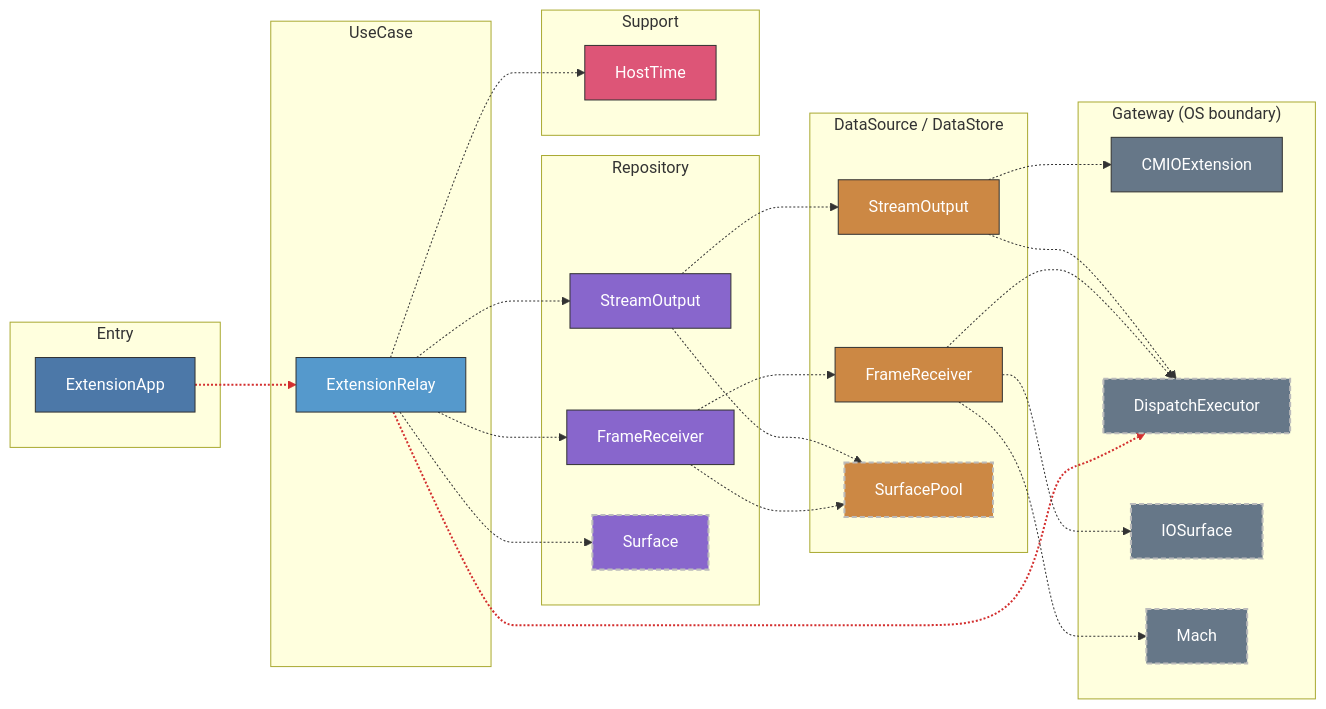
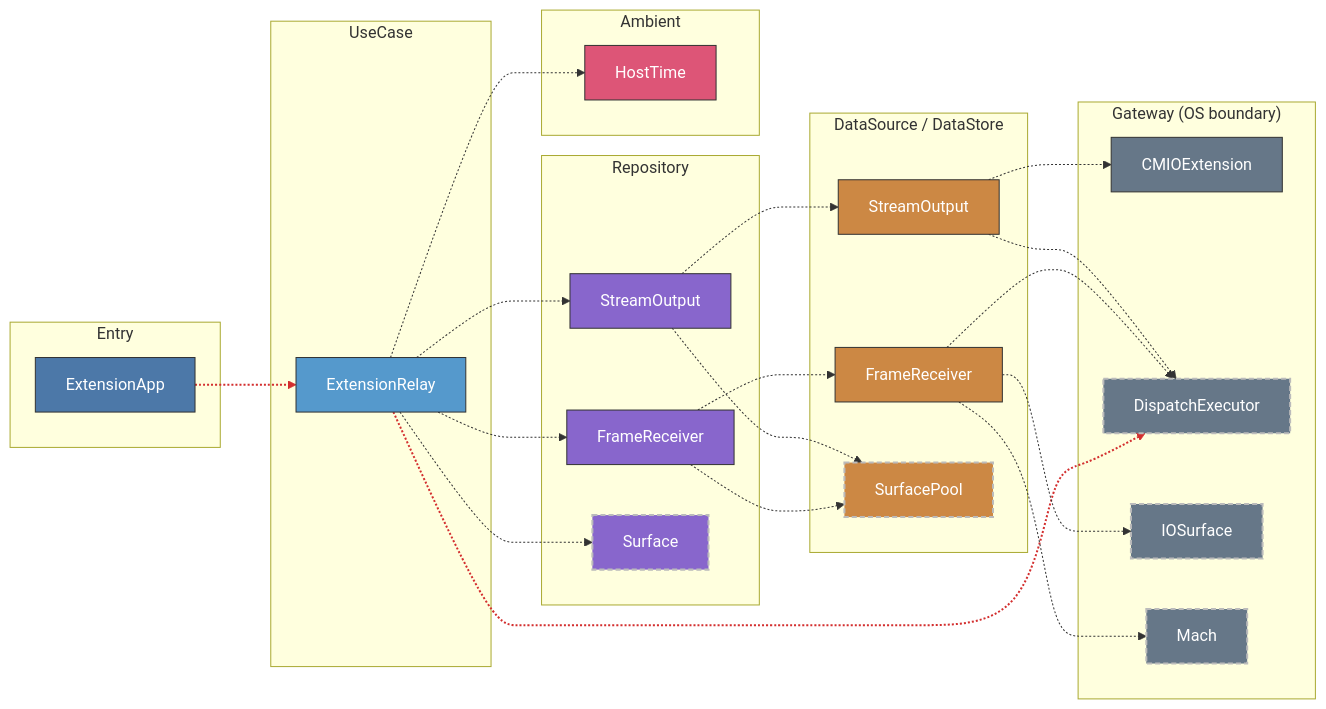
The ninth of 9 diagrams in docs/ARCHITECTURE.md (GeneralD/mirage), drawn with Mermaid before and after one commit. The commit also changed other lines of this file and 7 other files, not shown here.

First line of the commit message:
docs(architecture): generate the module diagrams from the package and the lint

````diff
--- a/docs/ARCHITECTURE.md
+++ b/docs/ARCHITECTURE.md
@@ -519,54 +514,53 @@
 ```mermaid
 graph LR
   subgraph Area4_entry["Entry"]
     ExtensionApp:::entry
   end
   subgraph Area4_uc["UseCase"]
     ExtensionRelayUseCase["ExtensionRelay"]:::uc
   end
   subgraph Area4_repo["Repository"]
     FrameReceiverRepository["FrameReceiver"]:::repo
     StreamOutputRepository["StreamOutput"]:::repo
     SurfaceRepository["Surface"]:::repox
   end
   subgraph Area4_ds["DataSource / DataStore"]
     FrameReceiverDataSource["FrameReceiver"]:::ds
     StreamOutputDataSource["StreamOutput"]:::ds
     SurfacePoolDataSource["SurfacePool"]:::dsx
   end
   subgraph Area4_gw["Gateway (OS boundary)"]
     CMIOExtensionGateway["CMIOExtension"]:::gw
     DispatchExecutorGateway["DispatchExecutor"]:::gwx
     IOSurfaceGateway["IOSurface"]:::gwx
     MachGateway["Mach"]:::gwx
   end
-  subgraph Area4_sup["Support"]
-    HostTime:::sup
+  subgraph Area4_amb["Ambient"]
+    HostTime:::amb
   end
   ExtensionApp -.-> ExtensionRelayUseCase
   ExtensionRelayUseCase -.-> DispatchExecutorGateway
   ExtensionRelayUseCase -.-> FrameReceiverRepository
   ExtensionRelayUseCase -.-> HostTime
   ExtensionRelayUseCase -.-> StreamOutputRepository
   ExtensionRelayUseCase -.-> SurfaceRepository
   FrameReceiverRepository -.-> FrameReceiverDataSource
   FrameReceiverRepository -.-> SurfacePoolDataSource
   StreamOutputRepository -.-> StreamOutputDataSource
   StreamOutputRepository -.-> SurfacePoolDataSource
   FrameReceiverDataSource -.-> DispatchExecutorGateway
   FrameReceiverDataSource -.-> IOSurfaceGateway
   FrameReceiverDataSource -.-> MachGateway
   StreamOutputDataSource -.-> CMIOExtensionGateway
   StreamOutputDataSource -.-> DispatchExecutorGateway
+  classDef amb fill:#d57,stroke:#333,color:#fff
   classDef ds fill:#c84,stroke:#333,color:#fff
   classDef dsx fill:#c84,stroke:#bbb,stroke-width:2px,stroke-dasharray:5 3,color:#fff
   classDef entry fill:#4c78a8,stroke:#333,color:#fff
   classDef gw fill:#678,stroke:#333,color:#fff
   classDef gwx fill:#678,stroke:#bbb,stroke-width:2px,stroke-dasharray:5 3,color:#fff
   classDef repo fill:#86c,stroke:#333,color:#fff
   classDef repox fill:#86c,stroke:#bbb,stroke-width:2px,stroke-dasharray:5 3,color:#fff
-  classDef sup fill:#d57,stroke:#333,color:#fff
   classDef uc fill:#59c,stroke:#333,color:#fff
-  linkStyle 0 stroke:#d32f2f,stroke-width:2px
-  linkStyle 1 stroke:#d32f2f,stroke-width:2px
+  linkStyle 0,1 stroke:#d32f2f,stroke-width:2px
 ```
````
